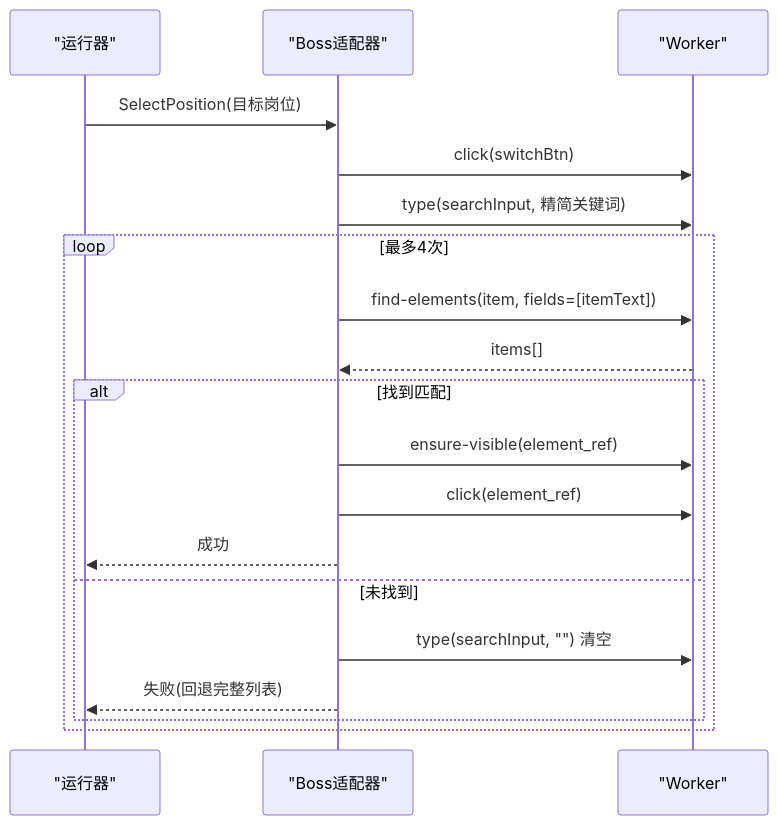
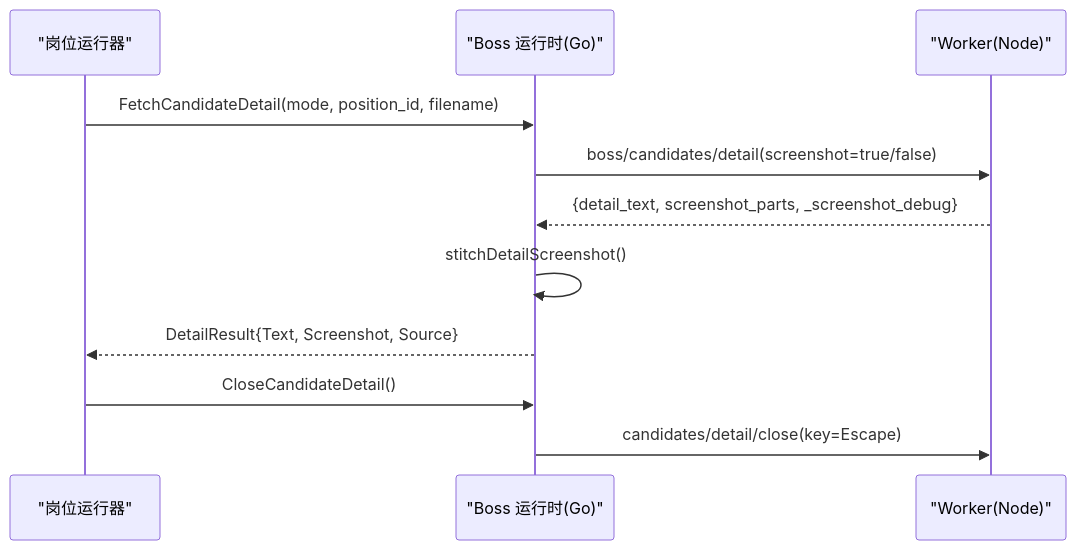
The fourth of 6 diagrams in .qoder/repowiki/zh/content/系统架构/本地Agent架构/平台适配器系统/Boss直聘适配器.md (alvinwangzi/goodhr), drawn with Mermaid before and after one commit. The commit also changed other lines of this file and 149 other files, not shown here.

````diff
--- a/.qoder/repowiki/zh/content/系统架构/本地Agent架构/平台适配器系统/Boss直聘适配器.md
+++ b/.qoder/repowiki/zh/content/系统架构/本地Agent架构/平台适配器系统/Boss直聘适配器.md
@@ -164,21 +181,13 @@
 ```mermaid
 sequenceDiagram
-participant R as "运行器"
-participant B as "Boss适配器"
-participant W as "Worker"
-R->>B : SelectPosition(目标岗位)
-B->>W : click(switchBtn)
-B->>W : type(searchInput, 精简关键词)
-loop 最多4次
-B->>W : find-elements(item, fields=[itemText])
-W-->>B : items[]
-alt 找到匹配
-B->>W : ensure-visible(element_ref)
-B->>W : click(element_ref)
-B-->>R : 成功
-else 未找到
-B->>W : type(searchInput, "") 清空
-B-->>R : 失败(回退完整列表)
-end
-end
+participant R as "岗位运行器"
+participant B as "Boss 运行时(Go)"
+participant W as "Worker(Node)"
+R->>B : FetchCandidateDetail(mode, position_id, filename)
+B->>W : boss/candidates/detail(screenshot=true/false)
+W-->>B : {detail_text, screenshot_parts, _screenshot_debug}
+B->>B : stitchDetailScreenshot()
+B-->>R : DetailResult{Text, Screenshot, Source}
+R->>B : CloseCandidateDetail()
+B->>W : candidates/detail/close(key=Escape)
 ```
````
